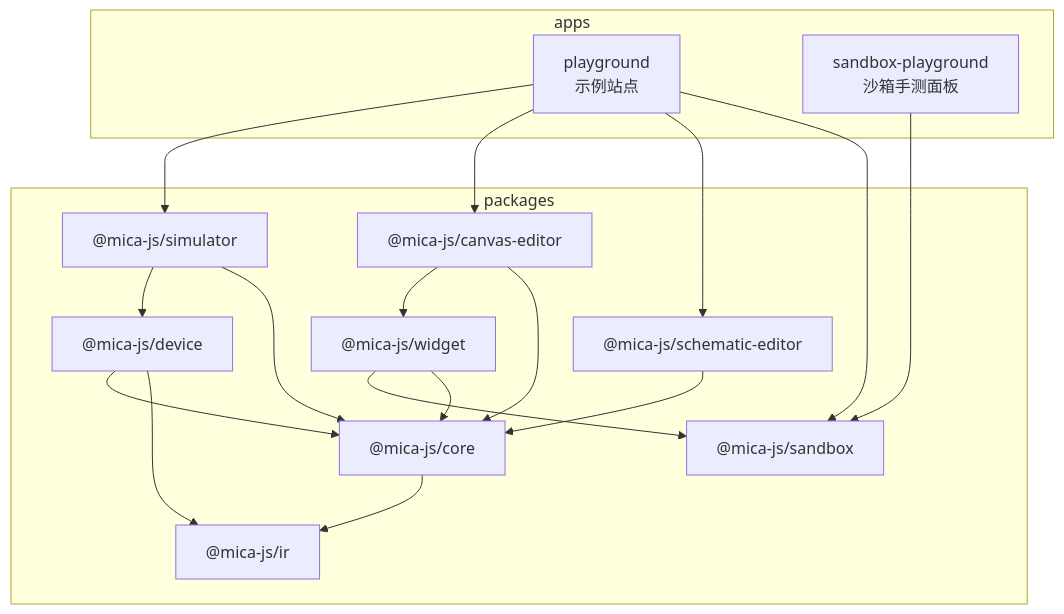
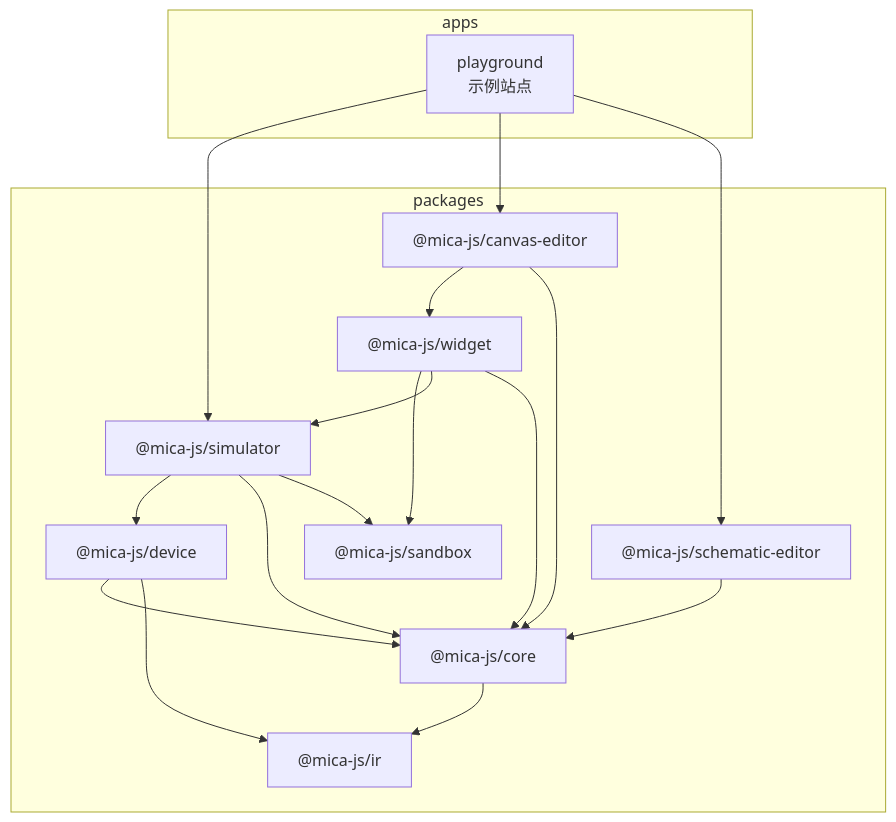
The first of 2 diagrams in README.md (x-botlab/mica-js), drawn with Mermaid before and after one commit. The commit also changed other lines of this file and 391 other files, not shown here.

````diff
--- a/README.md
+++ b/README.md
@@ -27,34 +27,33 @@
 ```mermaid
 graph TD
   subgraph apps["apps"]
     playground["playground<br/>示例站点"]
-    sandboxPlayground["sandbox-playground<br/>沙箱手测面板"]
   end
 
   subgraph packages["packages"]
     simulator["@mica-js/simulator"]
     canvasEditor["@mica-js/canvas-editor"]
     schematicEditor["@mica-js/schematic-editor"]
     widget["@mica-js/widget"]
     device["@mica-js/device"]
     core["@mica-js/core"]
     sandbox["@mica-js/sandbox"]
     ir["@mica-js/ir"]
   end
 
   playground --> simulator
   playground --> canvasEditor
   playground --> schematicEditor
-  playground --> sandbox
-  sandboxPlayground --> sandbox
   simulator --> device
   simulator --> core
+  simulator --> sandbox
   canvasEditor --> widget
   canvasEditor --> core
   schematicEditor --> core
   widget --> sandbox
+  widget --> simulator
   widget --> core
   device --> core
   device --> ir
   core --> ir
 ```
````
